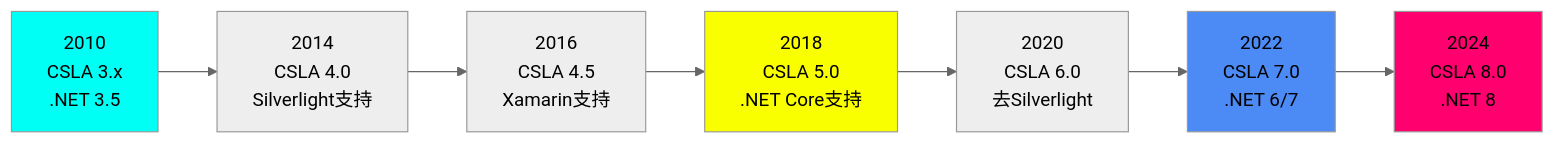
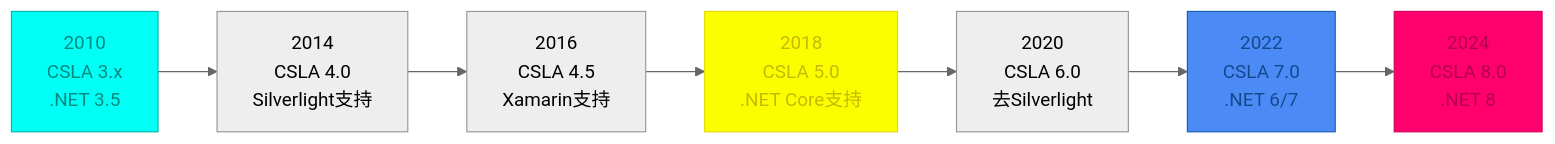
Before and after one commit to FreezeSoul/freezesoul.github.com: the third of 3 diagrams in _posts/2010-11-12-csla-net.md, drawn with Mermaid (neutral theme). The commit also changed other lines of this file and 9 other files, not shown here.

Commit message:
修正mermaid配色与要求

````diff
--- a/_posts/2010-11-12-csla-net.md
+++ b/_posts/2010-11-12-csla-net.md
@@ -649,14 +649,14 @@
 ```mermaid
 graph LR
     A[2010<br/>CSLA 3.x<br/>.NET 3.5] --> B[2014<br/>CSLA 4.0<br/>Silverlight支持]
     B --> C[2016<br/>CSLA 4.5<br/>Xamarin支持]
     C --> D[2018<br/>CSLA 5.0<br/>.NET Core支持]
     D --> E[2020<br/>CSLA 6.0<br/>去Silverlight]
     E --> F[2022<br/>CSLA 7.0<br/>.NET 6/7]
     F --> G[2024<br/>CSLA 8.0<br/>.NET 8]
 
-    style A fill:#00fff5
-    style D fill:#faff00
-    style F fill:#4c8af5
-    style G fill:#ff006e
+    style A fill:#00fff5,stroke:#00b8b0,color:#008b82
+    style D fill:#faff00,stroke:#e6d900,color:#c9b800
+    style F fill:#4c8af5,stroke:#1a5fb4,color:#134a8f
+    style G fill:#ff006e,stroke:#d6005c,color:#b3004e
 ```
````
